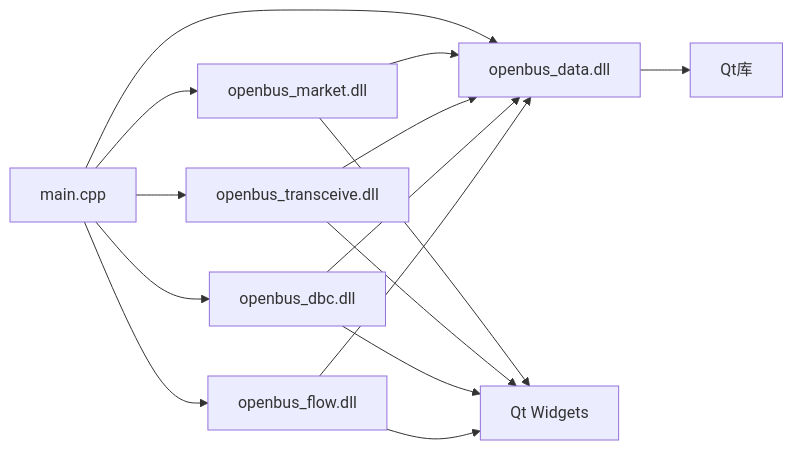
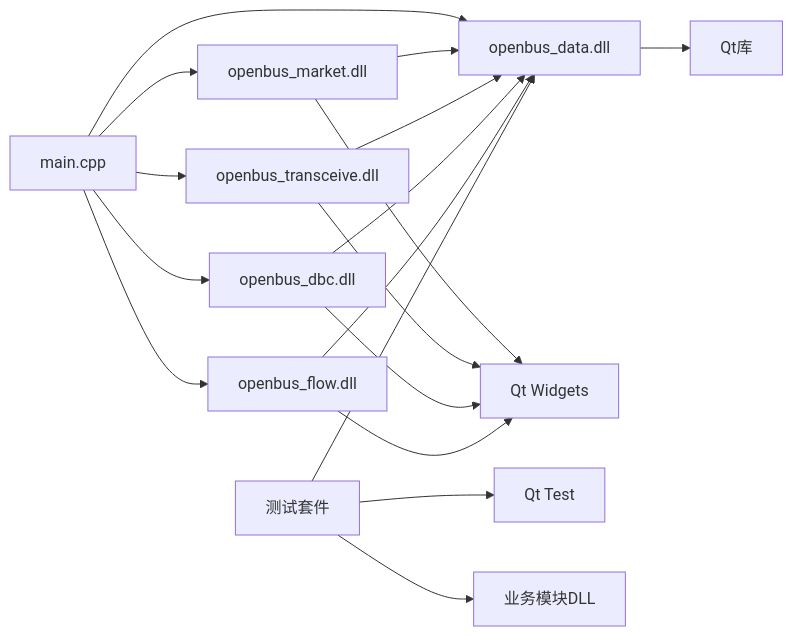
One commit to jakecai1225-design/OpenBus changed the fifth of 5 diagrams in .qoder/repowiki/zh/content/构建和部署/构建流程/构建流程.md. Above: the diagram before and after it, drawn with Mermaid. The commit also changed other lines of this file and 56 other files, not shown here.

Commit message:
trace graphic优化

````diff
--- a/.qoder/repowiki/zh/content/构建和部署/构建流程/构建流程.md
+++ b/.qoder/repowiki/zh/content/构建和部署/构建流程/构建流程.md
@@ -336,17 +435,20 @@
 ```mermaid
 graph LR
 Main["main.cpp"] --> Data["openbus_data.dll"]
 Main --> Market["openbus_market.dll"]
 Main --> Transceive["openbus_transceive.dll"]
 Main --> DBC["openbus_dbc.dll"]
 Main --> Flow["openbus_flow.dll"]
 Data --> QtLibs["Qt库"]
 Market --> Data
 Transceive --> Data
 DBC --> Data
 Flow --> Data
 Market --> QtWidgets["Qt Widgets"]
 Transceive --> QtWidgets
 DBC --> QtWidgets
 Flow --> QtWidgets
+Test["测试套件"] --> Data
+Test --> QtTest["Qt Test"]
+Test --> Business["业务模块DLL"]
 ```
````
